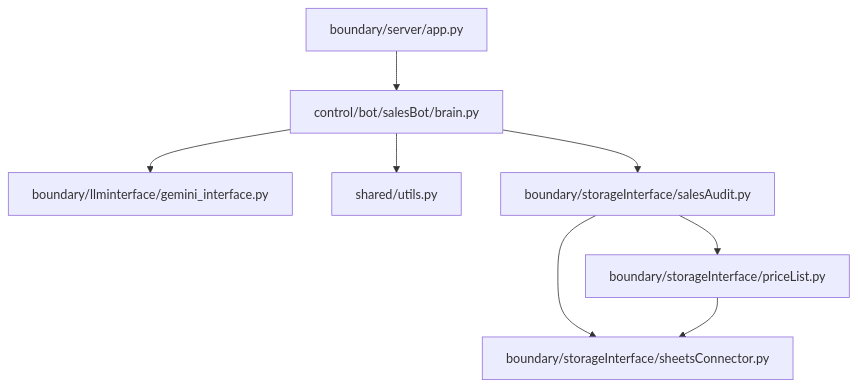
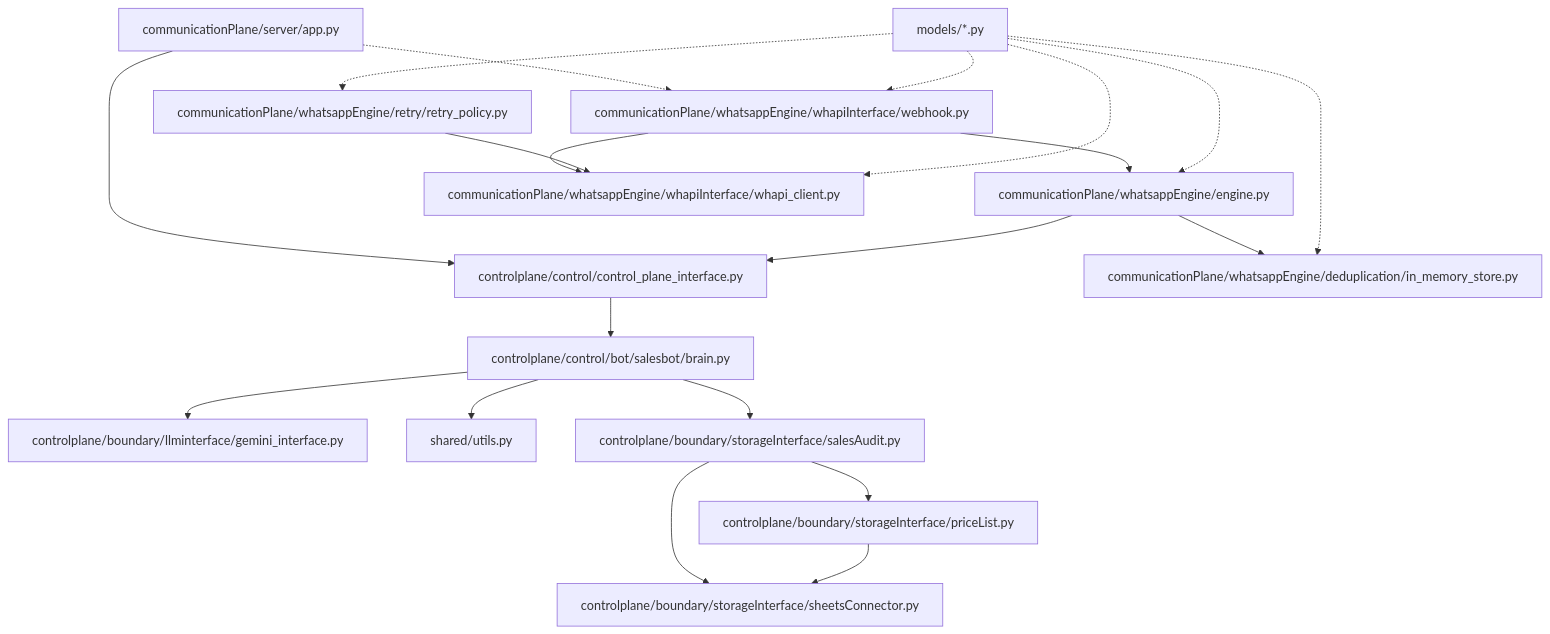
One commit to KodesiaYash/hotelStaffManager changed the second of 2 diagrams in README.md. Above: the diagram before and after it, drawn with Mermaid. The commit also changed other lines of this file and 50 other files, not shown here.

````diff
--- a/README.md
+++ b/README.md
@@ -121,10 +154,22 @@
 ```mermaid
 graph TD
-  App["boundary/server/app.py"] --> Brain["control/bot/salesBot/brain.py"]
-  Brain --> LLM["boundary/llminterface/gemini_interface.py"]
+  App["communicationPlane/server/app.py"] --> Control["controlplane/control/control_plane_interface.py"]
+  App -.-> Webhook["communicationPlane/whatsappEngine/whapiInterface/webhook.py"]
+  Webhook --> Engine["communicationPlane/whatsappEngine/engine.py"]
+  Engine --> Control
+  Engine --> Dedup["communicationPlane/whatsappEngine/deduplication/in_memory_store.py"]
+  Control --> Brain["controlplane/control/bot/salesbot/brain.py"]
+  Brain --> LLM["controlplane/boundary/llminterface/gemini_interface.py"]
   Brain --> Utils["shared/utils.py"]
-  Brain --> Audit["boundary/storageInterface/salesAudit.py"]
-  Audit --> Price["boundary/storageInterface/priceList.py"]
-  Audit --> Sheets["boundary/storageInterface/sheetsConnector.py"]
+  Brain --> Audit["controlplane/boundary/storageInterface/salesAudit.py"]
+  Audit --> Price["controlplane/boundary/storageInterface/priceList.py"]
+  Audit --> Sheets["controlplane/boundary/storageInterface/sheetsConnector.py"]
   Price --> Sheets
+  Webhook --> Whapi["communicationPlane/whatsappEngine/whapiInterface/whapi_client.py"]
+  Retry["communicationPlane/whatsappEngine/retry/retry_policy.py"] --> Whapi
+  Models["models/*.py"] -.-> Engine
+  Models -.-> Webhook
+  Models -.-> Dedup
+  Models -.-> Retry
+  Models -.-> Whapi
 ```
````
